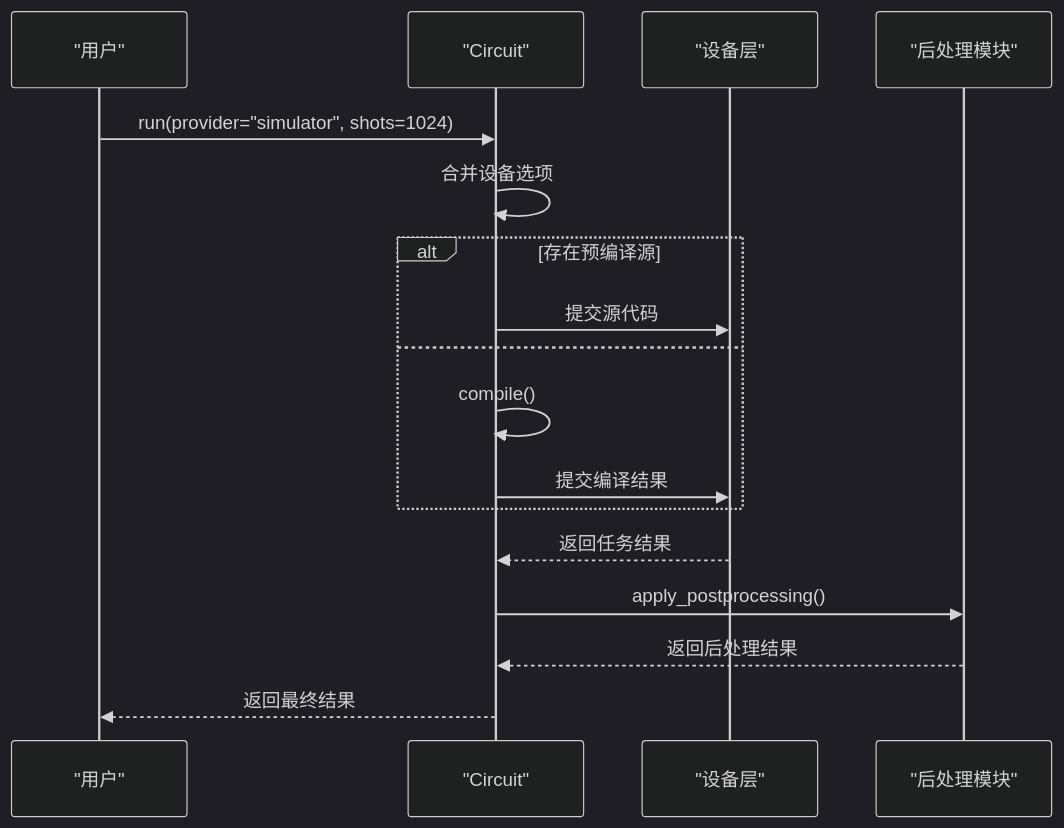
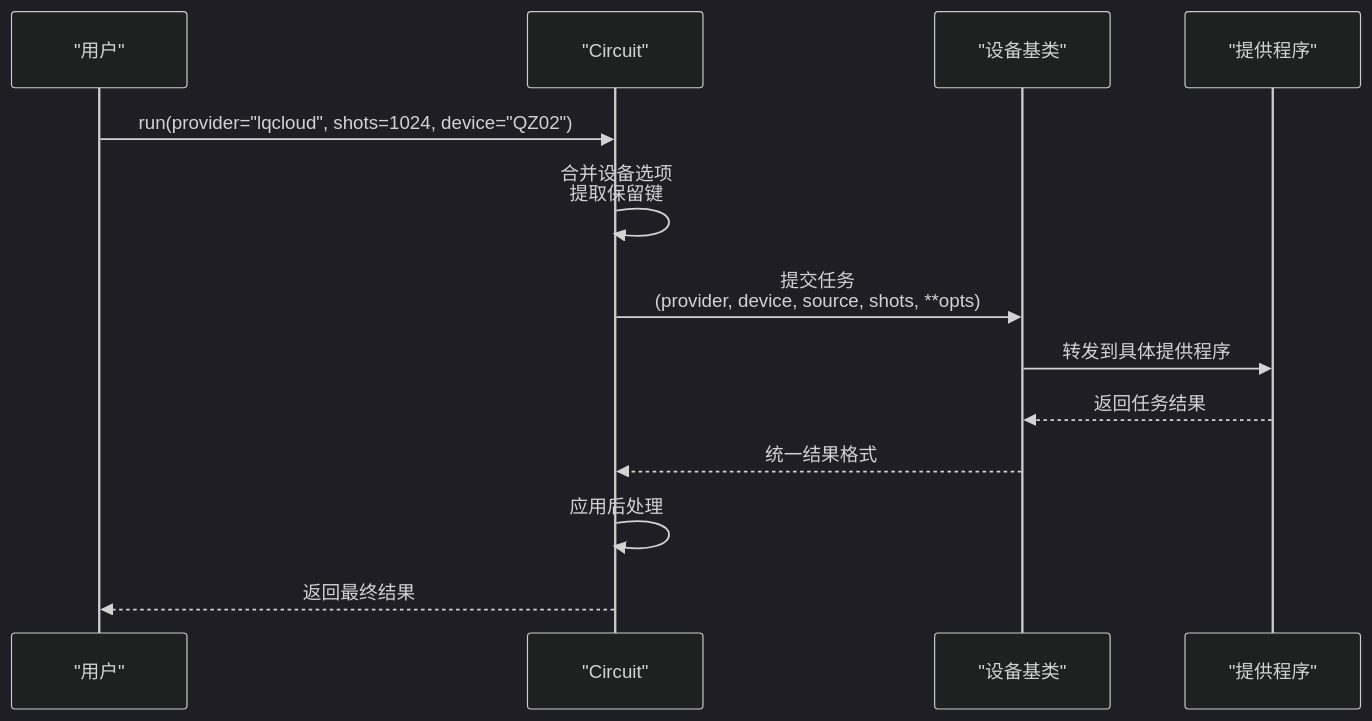
One commit to QureGenAI-Biotech/TyxonQ changed the second of 2 diagrams in .qoder/repowiki/zh/content/核心概念/量子电路中间表示.md. Above: the diagram before and after it, drawn with Mermaid (dark theme). The commit also changed other lines of this file and 9 other files, not shown here.

````diff
--- a/.qoder/repowiki/zh/content/核心概念/量子电路中间表示.md
+++ b/.qoder/repowiki/zh/content/核心概念/量子电路中间表示.md
@@ -126,19 +170,15 @@
 ```mermaid
 sequenceDiagram
 participant User as "用户"
 participant Circuit as "Circuit"
-participant Device as "设备层"
-participant Postprocessing as "后处理模块"
-User->>Circuit : run(provider="simulator", shots=1024)
-Circuit->>Circuit : 合并设备选项
-alt 存在预编译源
-Circuit->>Device : 提交源代码
-else
-Circuit->>Circuit : compile()
-Circuit->>Device : 提交编译结果
-end
-Device-->>Circuit : 返回任务结果
-Circuit->>Postprocessing : apply_postprocessing()
-Postprocessing-->>Circuit : 返回后处理结果
+participant DeviceBase as "设备基类"
+participant Provider as "提供程序"
+User->>Circuit : run(provider="lqcloud", shots=1024, device="QZ02")
+Circuit->>Circuit : 合并设备选项<br/>提取保留键
+Circuit->>DeviceBase : 提交任务<br/>(provider, device, source, shots, **opts)
+DeviceBase->>Provider : 转发到具体提供程序
+Provider-->>DeviceBase : 返回任务结果
+DeviceBase-->>Circuit : 统一结果格式
+Circuit->>Circuit : 应用后处理
 Circuit-->>User : 返回最终结果
 ```
````
